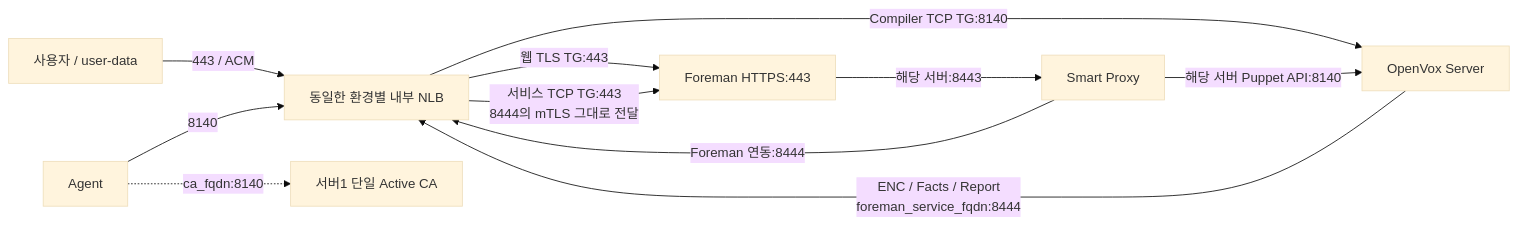
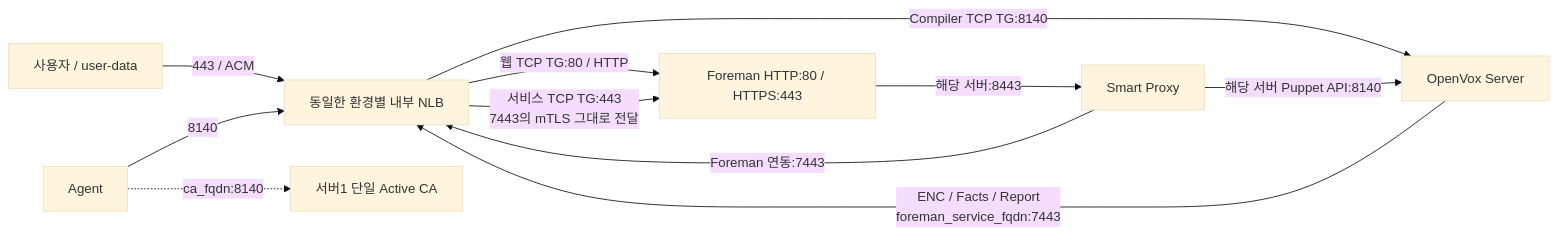
Before and after one commit to heyoon2j/y2-devops-lab: the diagram in foreman-puppet/docs/ACM_AND_BACKEND_TLS.md, drawn with Mermaid (base theme). The commit also changed other lines of this file and 17 other files, not shown here.

Commit message:
docs: define NLB TLS offload and TCP passthrough target groups

````diff
--- a/foreman-puppet/docs/ACM_AND_BACKEND_TLS.md
+++ b/foreman-puppet/docs/ACM_AND_BACKEND_TLS.md
@@ -19,13 +19,13 @@
 ```mermaid
 flowchart LR
     U["사용자 / user-data"] -->|"443 / ACM"| L["동일한 환경별 내부 NLB"]
     A["Agent"] -->|"8140"| L
-    L -->|"웹 TLS TG:443"| F["Foreman HTTPS:443"]
-    L -->|"서비스 TCP TG:443\n8444의 mTLS 그대로 전달"| F
+    L -->|"웹 TCP TG:80 / HTTP"| F["Foreman HTTP:80 / HTTPS:443"]
+    L -->|"서비스 TCP TG:443\n7443의 mTLS 그대로 전달"| F
     L -->|"Compiler TCP TG:8140"| P["OpenVox Server"]
-    P -->|"ENC / Facts / Report\nforeman_service_fqdn:8444"| L
-    S["Smart Proxy"] -->|"Foreman 연동:8444"| L
+    P -->|"ENC / Facts / Report\nforeman_service_fqdn:7443"| L
+    S["Smart Proxy"] -->|"Foreman 연동:7443"| L
     F -->|"해당 서버:8443"| S
     S -->|"해당 서버 Puppet API:8140"| P
     A -.->|"ca_fqdn:8140"| C["서버1 단일 Active CA"]
 ```
````
